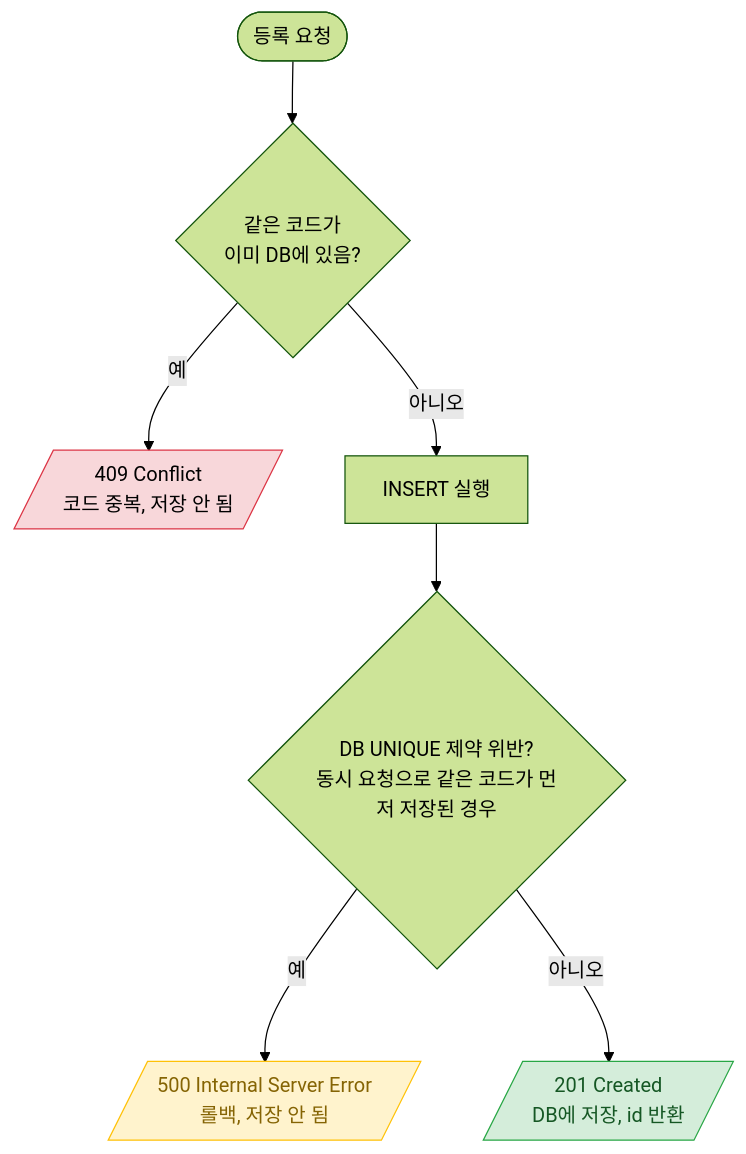
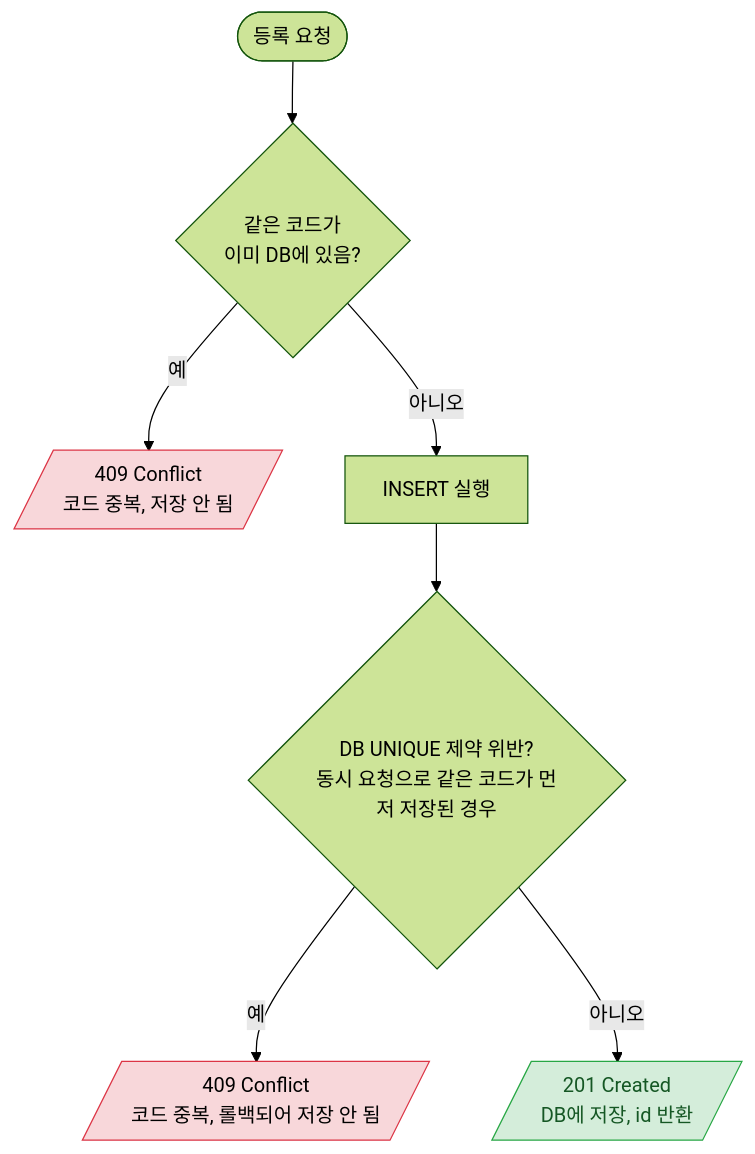
Before and after one commit to Gaktsu/side_proejct1: the diagram in project/diagrams/01-product-process-create.md, drawn with Mermaid (forest theme). The commit also changed other lines of this file and 25 other files, not shown here.

````diff
--- a/project/diagrams/01-product-process-create.md
+++ b/project/diagrams/01-product-process-create.md
@@ -5,16 +5,14 @@
 ```mermaid
 flowchart TD
     A([등록 요청]) --> C{같은 코드가<br/>이미 DB에 있음?}
     C -- 예 --> R409[/409 Conflict<br/>코드 중복, 저장 안 됨/]
     C -- 아니오 --> D[INSERT 실행]
     D --> E{DB UNIQUE 제약 위반?<br/>동시 요청으로 같은 코드가 먼저 저장된 경우}
-    E -- 예 --> R500[/500 Internal Server Error<br/>롤백, 저장 안 됨/]
+    E -- 예 --> R409B[/409 Conflict<br/>코드 중복, 롤백되어 저장 안 됨/]
     E -- 아니오 --> R201[/201 Created<br/>DB에 저장, id 반환/]
 
     classDef ok fill:#d4edda,stroke:#28a745,color:#155724
     classDef fail fill:#f8d7da,stroke:#dc3545,color:#000000
-    classDef bug fill:#fff3cd,stroke:#ffc107,color:#856404
     class R201 ok
-    class R409 fail
-    class R500 bug
+    class R409,R409B fail
 ```
````
